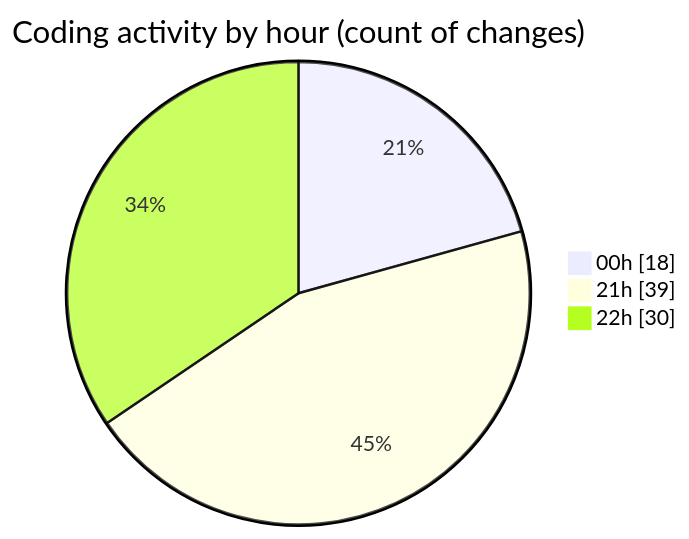
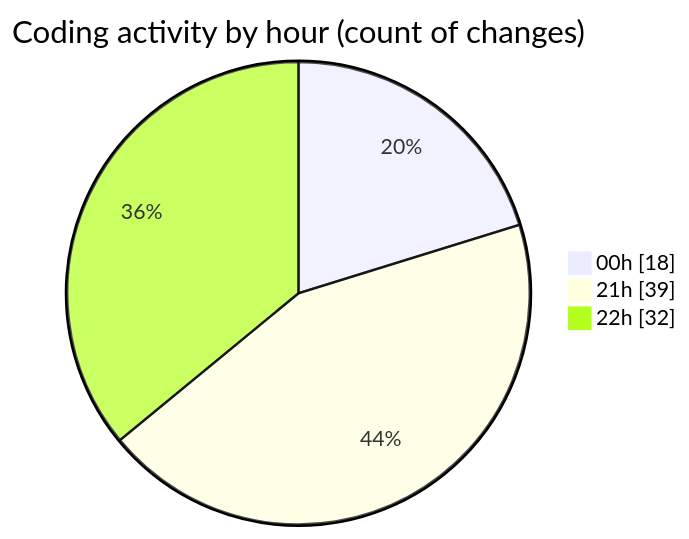
Before and after one commit to Netris89/code-tracking: the second of 2 diagrams in 2025-04-23/echo/README.md, drawn with Mermaid. The commit also changed other lines of this file and 1 other file, not shown here.

````diff
--- a/2025-04-23/echo/README.md
+++ b/2025-04-23/echo/README.md
@@ -32,7 +32,7 @@
 ```mermaid
 pie showData
 title Coding activity by hour (count of changes)
 "00h" : 18
 "21h" : 39
-"22h" : 30
+"22h" : 32
 ```
````
